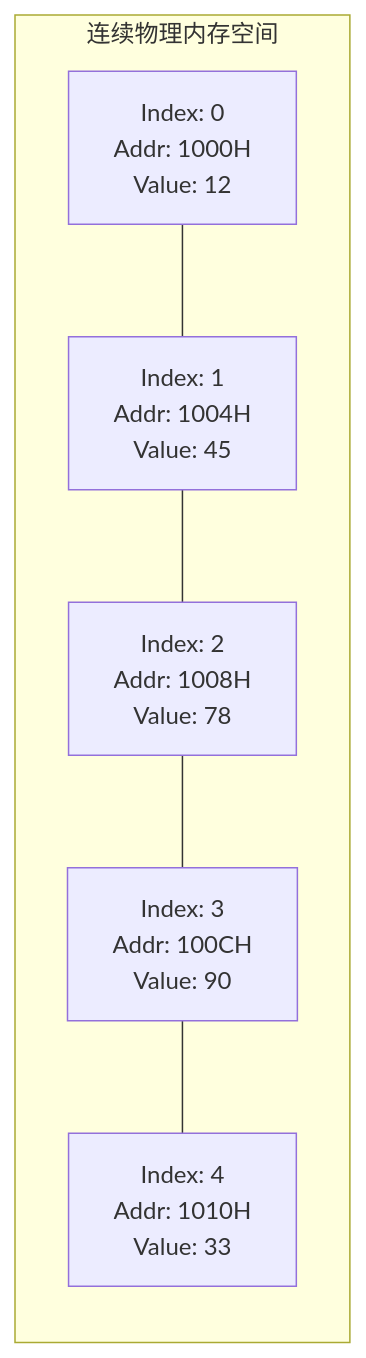
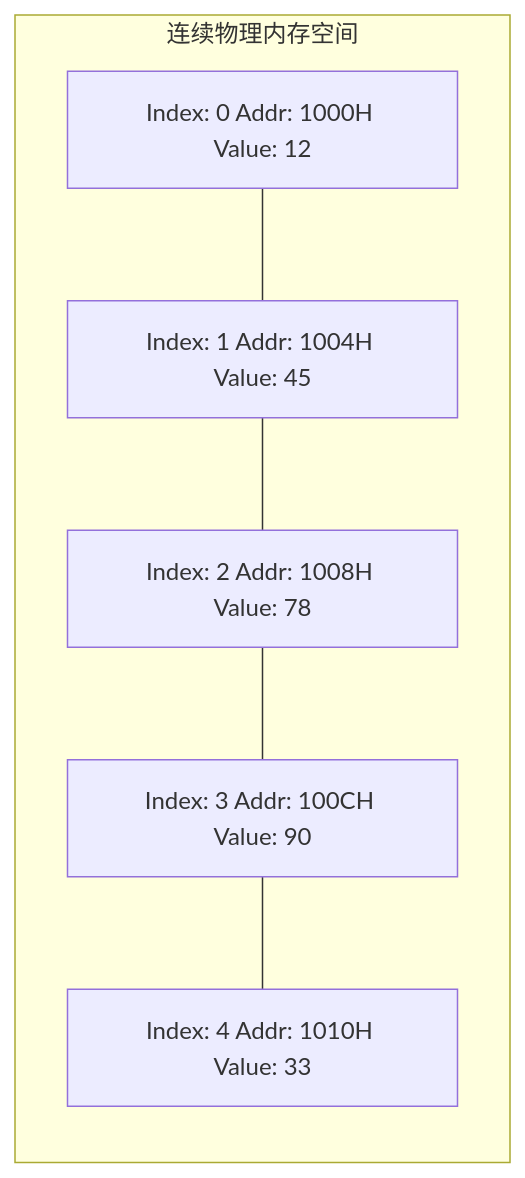
The first of 2 diagrams in 30-算法与数据结构/01-数据结构/01-数组与动态数组.md (GuoWWWX/knowledge-base), drawn with Mermaid before and after one commit. The commit also changed other lines of this file and 251 other files, not shown here.

````diff
--- a/30-算法与数据结构/01-数据结构/01-数组与动态数组.md
+++ b/30-算法与数据结构/01-数据结构/01-数组与动态数组.md
@@ -24,9 +24,9 @@
 ```mermaid
 flowchart LR
     subgraph 连续物理内存空间
-        Idx0["Index: 0<br/>Addr: 1000H<br/>Value: 12"] --- Idx1["Index: 1<br/>Addr: 1004H<br/>Value: 45"]
-        Idx1 --- Idx2["Index: 2<br/>Addr: 1008H<br/>Value: 78"]
-        Idx2 --- Idx3["Index: 3<br/>Addr: 100CH<br/>Value: 90"]
-        Idx3 --- Idx4["Index: 4<br/>Addr: 1010H<br/>Value: 33"]
+        Idx0["Index: 0 Addr: 1000H Value: 12"] --- Idx1["Index: 1 Addr: 1004H Value: 45"]
+        Idx1 --- Idx2["Index: 2 Addr: 1008H Value: 78"]
+        Idx2 --- Idx3["Index: 3 Addr: 100CH Value: 90"]
+        Idx3 --- Idx4["Index: 4 Addr: 1010H Value: 33"]
     end
 ```
````
